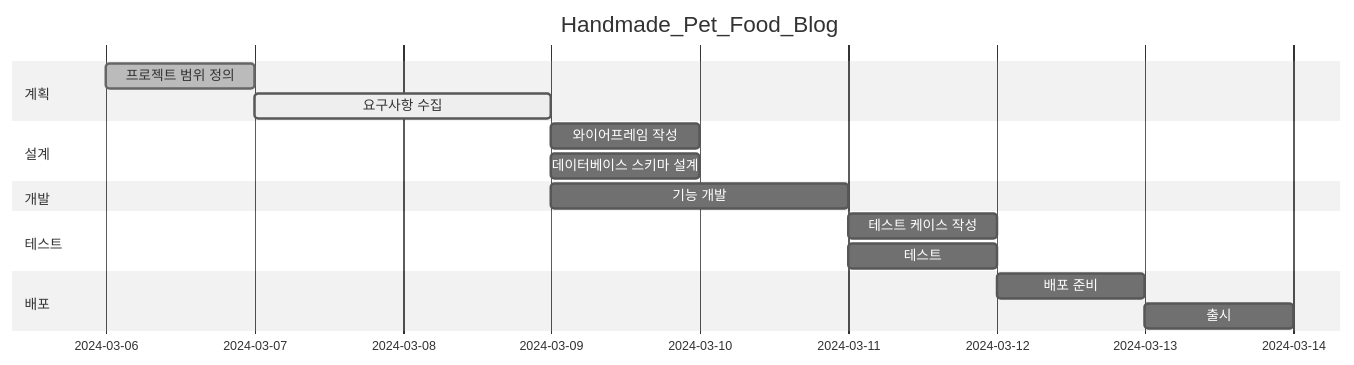
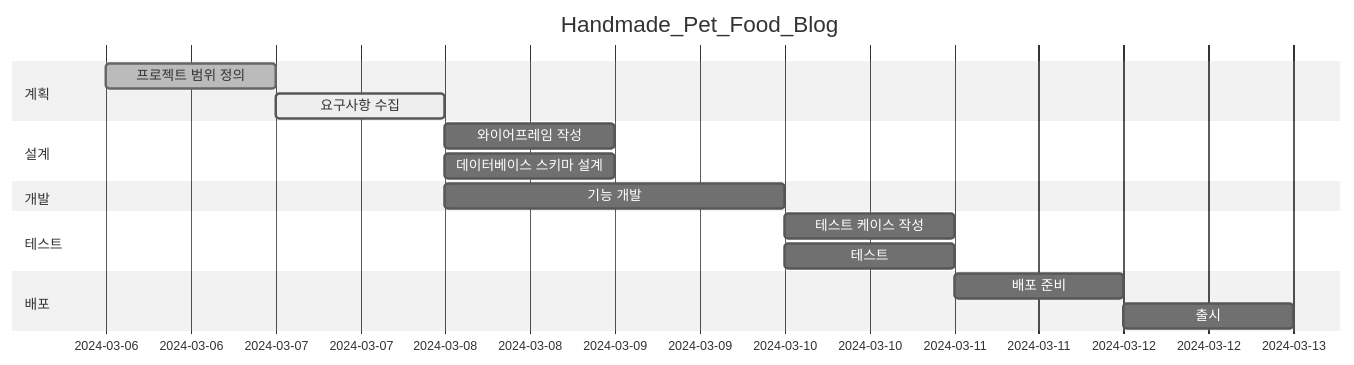
The second of 2 diagrams in README.md (najasinis/Handmade_Pet_Food_Blog), drawn with Mermaid (neutral theme) before and after one commit.

````diff
--- a/README.md
+++ b/README.md
@@ -84,19 +84,19 @@
 ```mermaid
 gantt
     title Handmade_Pet_Food_Blog
     dateFormat  YYYY-MM-DD
     section 계획
     프로젝트 범위 정의        :done,    des1, 2024-03-06, 1d
-    요구사항 수집             :active,  des2, after des1, 2d
+    요구사항 수집             :active,  des2, after des1, 1d
     section 설계
     와이어프레임 작성         :         des3, after des2, 1d
     데이터베이스 스키마 설계  :         des4, after des2, 1d
     section 개발
     기능 개발                :         dev2, after des2, 2d
     section 테스트
     테스트 케이스 작성       :         tes1, after dev2, 1d
     테스트                  :         tes2, after dev2, 1d
     section 배포
     배포 준비               :         dep1, after tes2, 1d
     출시                    :         dep2, after dep1, 1d
 ```
````
